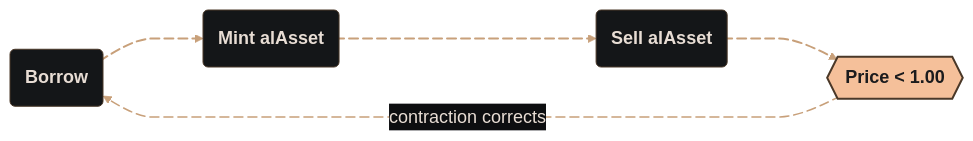
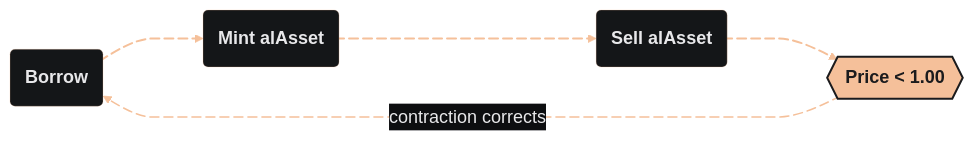
One commit to alchemix-finance/alchemix-v3-docs changed the first of 2 diagrams in docs/user/concepts/how-peg-is-maintained.md. Above: the diagram before and after it, drawn with Mermaid. The commit also changed other lines of this file and 18 other files, not shown here.

````diff
--- a/docs/user/concepts/how-peg-is-maintained.md
+++ b/docs/user/concepts/how-peg-is-maintained.md
@@ -21,27 +21,27 @@
 ```mermaid
 %%{init: {
   'theme': 'base',
   'themeVariables': {
     'fontFamily': 'Montserrat',
     'primaryColor': '#141618',
-    'primaryBorderColor': '#4a3828',
-    'primaryTextColor': '#e8ddd4',
-    'lineColor': '#c8a07a',
+    'primaryBorderColor': 'rgba(245,192,154,0.25)',
+    'primaryTextColor': '#e8e8ea',
+    'lineColor': '#f5c09a',
     'edgeLabelBackground': '#0d0e10',
     'tertiaryColor': '#141618',
     'fontSize': '18px'
   },
   'flowchart': { 'curve': 'monotoneX', 'nodeSpacing': 80, 'rankSpacing': 100 }
 }}%%
 flowchart LR
     classDef default font-weight:bold;
     A(Borrow) e1@--> B(Mint alAsset) e2@--> C(Sell alAsset) e3@--> D{{Price < 1.00}}
     D e4@-.->|contraction corrects| A
-    style D fill:#f5c09a,stroke:#4a3828,stroke-width:2px,color:#1b1b1d
-    linkStyle 0,1,2 stroke:#c8a07a,stroke-width:2px
-    linkStyle 3 stroke:#c8a07a,stroke-width:1.5px,stroke-dasharray:6
+    style D fill:#f5c09a,stroke:#1b1b1d,stroke-width:2px,color:#1b1b1d
+    linkStyle 0,1,2 stroke:#f5c09a,stroke-width:2px
+    linkStyle 3 stroke:#f5c09a,stroke-width:1.5px,stroke-dasharray:6
     e1@{ animation: slow }
     e2@{ animation: slow }
     e3@{ animation: fast }
     e4@{ animation: slow }
 ```
````
